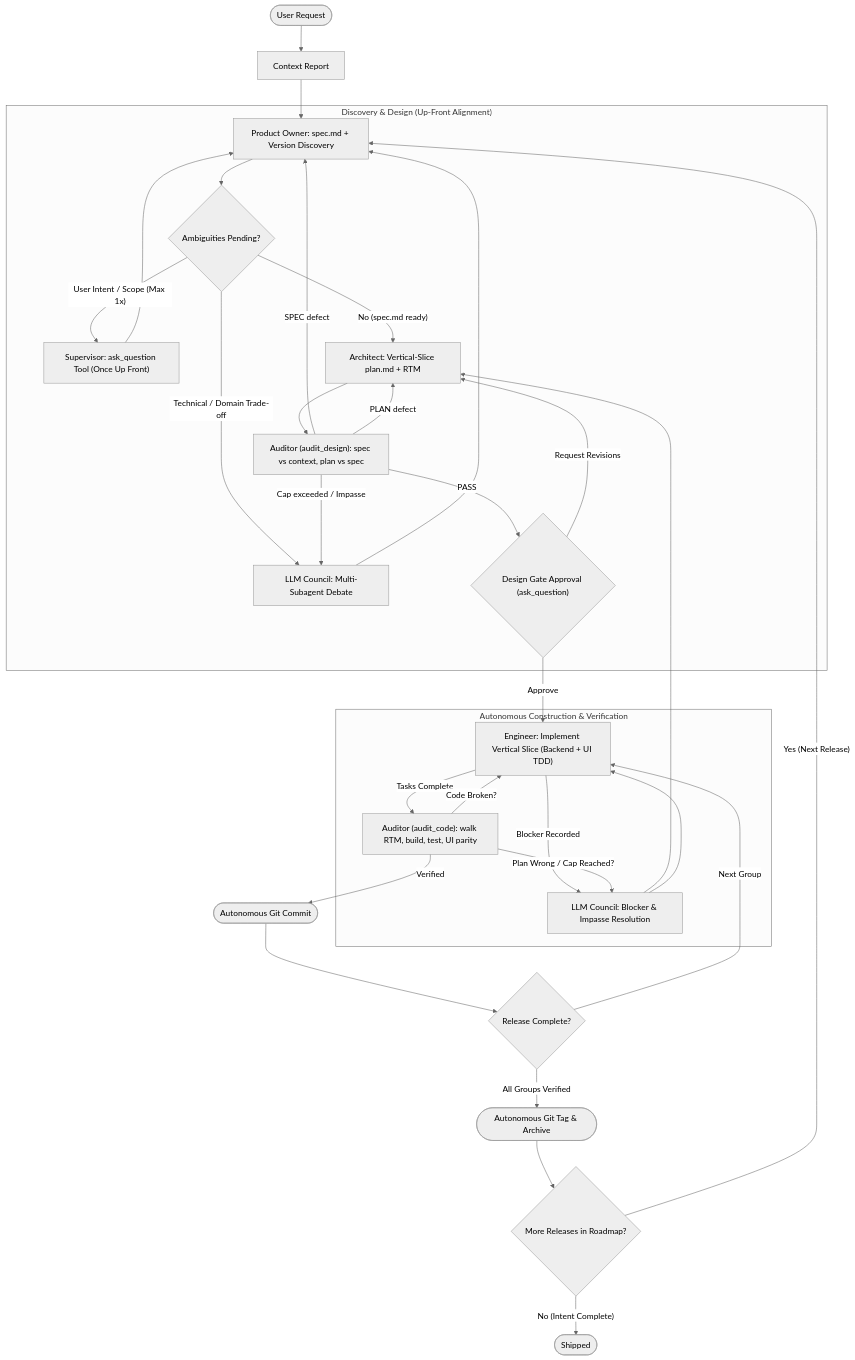
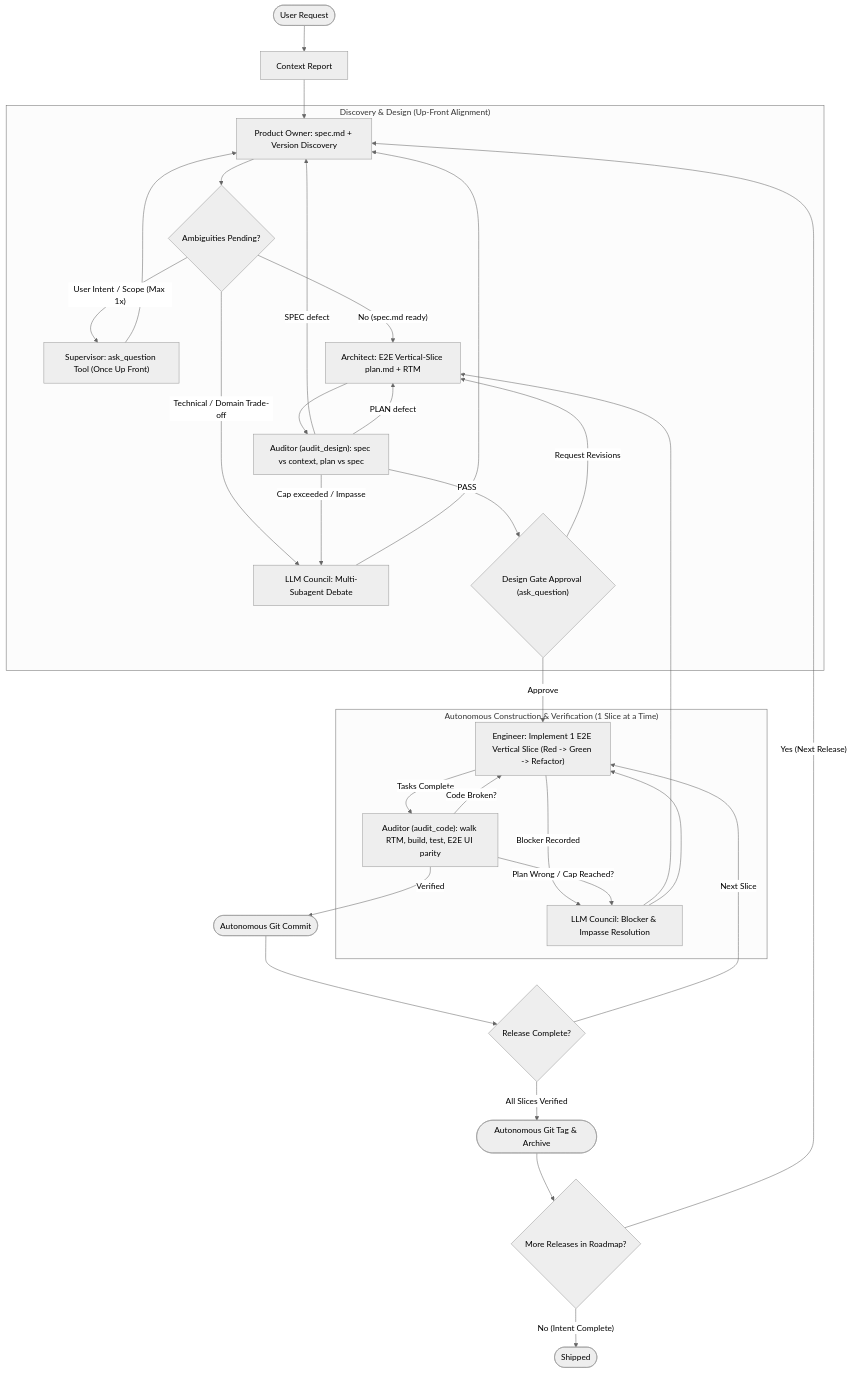
Before and after one commit to jjdelorme/plan-commands: the diagram in skills/swarm/SKILL.md, drawn with Mermaid (neutral theme). The commit also changed other lines of this file and 6 other files, not shown here.

Commit message:
fix(swarm): enforce strict 1-slice-at-a-time E2E vertical execution and bump version to 4.2.2

````diff
--- a/skills/swarm/SKILL.md
+++ b/skills/swarm/SKILL.md
@@ -19,54 +19,54 @@
 ```mermaid
 graph TD
     subgraph "Discovery & Design (Up-Front Alignment)"
         PO["Product Owner: spec.md + Version Discovery"]
         Questions{"Ambiguities Pending?"}
         AskUser["Supervisor: ask_question Tool (Once Up Front)"]
         Council1["LLM Council: Multi-Subagent Debate"]
-        Architect["Architect: Vertical-Slice plan.md + RTM"]
+        Architect["Architect: E2E Vertical-Slice plan.md + RTM"]
         DesignAudit["Auditor (audit_design): spec vs context, plan vs spec"]
         DesignGate{"Design Gate Approval (ask_question)"}
     end
 
-    subgraph "Autonomous Construction & Verification"
-        Engineer["Engineer: Implement Vertical Slice (Backend + UI TDD)"]
+    subgraph "Autonomous Construction & Verification (1 Slice at a Time)"
+        Engineer["Engineer: Implement 1 E2E Vertical Slice (Red -> Green -> Refactor)"]
         Council2["LLM Council: Blocker & Impasse Resolution"]
-        CodeAudit["Auditor (audit_code): walk RTM, build, test, UI parity"]
+        CodeAudit["Auditor (audit_code): walk RTM, build, test, E2E UI parity"]
     end
 
     Start(["User Request"]) --> Research["Context Report"]
     Research --> PO
     PO --> Questions
     Questions -- "User Intent / Scope (Max 1x)" --> AskUser
     AskUser --> PO
     Questions -- "Technical / Domain Trade-off" --> Council1
     Council1 --> PO
     Questions -- "No (spec.md ready)" --> Architect
     Architect --> DesignAudit
 
     %% Design Audit Fork (cap: 2 returns before Council)
     DesignAudit -- "SPEC defect" --> PO
     DesignAudit -- "PLAN defect" --> Architect
     DesignAudit -- "Cap exceeded / Impasse" --> Council1
     DesignAudit -- "PASS" --> DesignGate
 
     DesignGate -- "Request Revisions" --> Architect
     DesignGate -- "Approve" --> Engineer
 
     Engineer -- "Blocker Recorded" --> Council2
     Council2 --> Architect
     Council2 --> Engineer
     Engineer -- "Tasks Complete" --> CodeAudit
 
     %% Code Audit Three-Way Fork
     CodeAudit -- "Code Broken?" --> Engineer
     CodeAudit -- "Plan Wrong / Cap Reached?" --> Council2
     CodeAudit -- "Verified" --> Commit(["Autonomous Git Commit"])
 
     Commit --> CheckRelease{"Release Complete?"}
-    CheckRelease -- "Next Group" --> Engineer
-    CheckRelease -- "All Groups Verified" --> Tag(["Autonomous Git Tag & Archive"])
+    CheckRelease -- "Next Slice" --> Engineer
+    CheckRelease -- "All Slices Verified" --> Tag(["Autonomous Git Tag & Archive"])
     Tag --> NextRelease{"More Releases in Roadmap?"}
     NextRelease -- "Yes (Next Release)" --> PO
     NextRelease -- "No (Intent Complete)" --> Done(["Shipped"])
 ```
````
